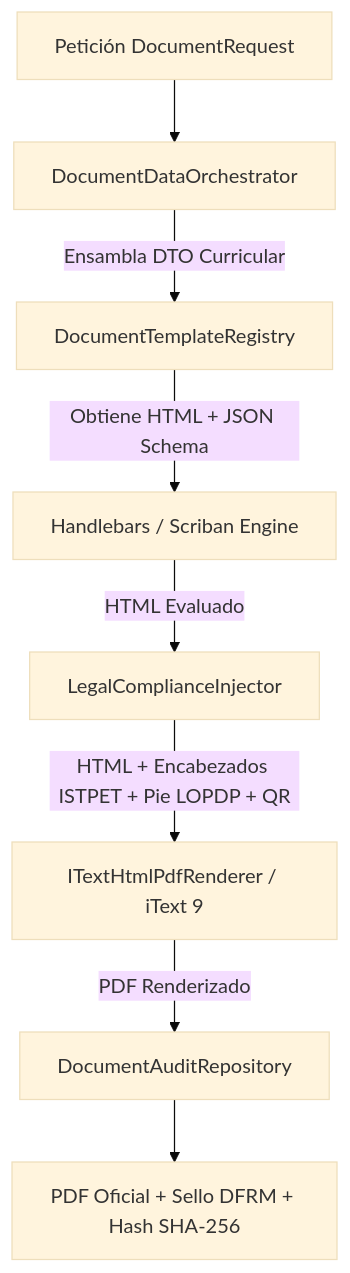
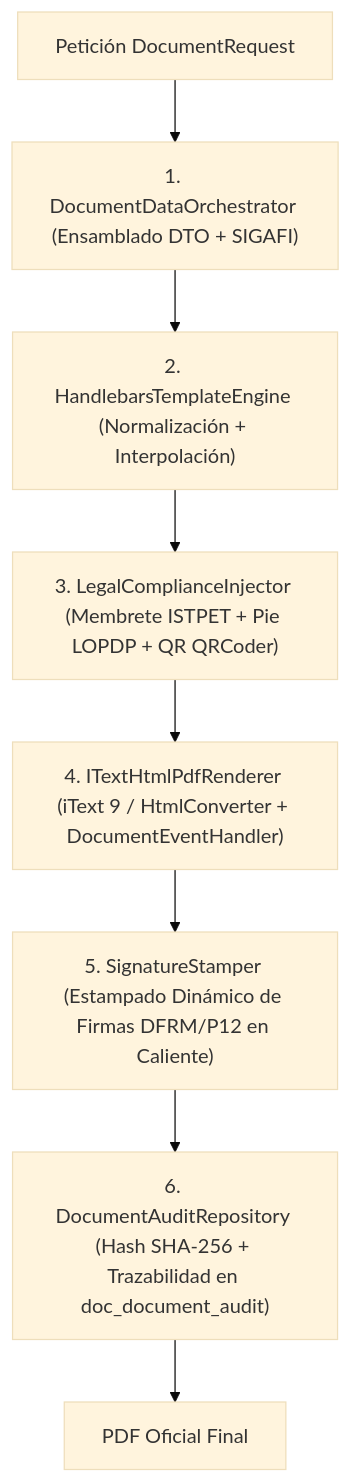
One commit to JorgeDoicela/dosier changed the first of 2 diagrams in docs/documentacion/03-motores-especializados/01-motor-documental-pdf.md. Above: the diagram before and after it, drawn with Mermaid (base theme). The commit also changed other lines of this file and 35 other files, not shown here.

````diff
--- a/docs/documentacion/03-motores-especializados/01-motor-documental-pdf.md
+++ b/docs/documentacion/03-motores-especializados/01-motor-documental-pdf.md
@@ -22,10 +23,10 @@
 ```mermaid
-graph TD
-    Req[Petición DocumentRequest] --> DataOrchestrator[DocumentDataOrchestrator]
-    DataOrchestrator -->|Ensambla DTO Curricular| TemplateRegistry[DocumentTemplateRegistry]
-    TemplateRegistry -->|Obtiene HTML + JSON Schema| TemplateEngine[Handlebars / Scriban Engine]
-    TemplateEngine -->|HTML Evaluado| LegalInjector[LegalComplianceInjector]
-    LegalInjector -->|HTML + Encabezados ISTPET + Pie LOPDP + QR| PDFRenderer[ITextHtmlPdfRenderer / iText 9]
-    PDFRenderer -->|PDF Renderizado| AuditRepo[DocumentAuditRepository]
-    AuditRepo --> OutputPDF[PDF Oficial + Sello DFRM + Hash SHA-256]
+flowchart TD
+    Req["Petición DocumentRequest"] --> DataOrchestrator["1. DocumentDataOrchestrator (Ensamblado DTO + SIGAFI)"]
+    DataOrchestrator --> TemplateEngine["2. HandlebarsTemplateEngine (Normalización + Interpolación)"]
+    TemplateEngine --> LegalInjector["3. LegalComplianceInjector (Membrete ISTPET + Pie LOPDP + QR QRCoder)"]
+    LegalInjector --> PDFRenderer["4. ITextHtmlPdfRenderer (iText 9 / HtmlConverter + DocumentEventHandler)"]
+    PDFRenderer --> SignStamper["5. SignatureStamper (Estampado Dinámico de Firmas DFRM/P12 en Caliente)"]
+    SignStamper --> AuditRepo["6. DocumentAuditRepository (Hash SHA-256 + Trazabilidad en doc_document_audit)"]
+    AuditRepo --> OutputPDF["PDF Oficial Final"]
 ```
````
